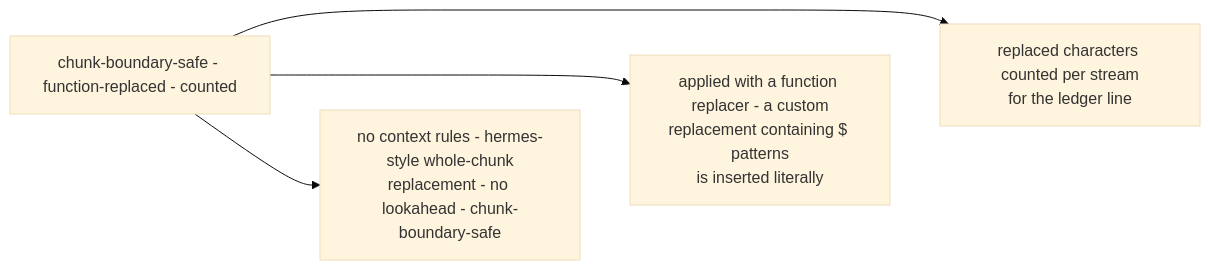
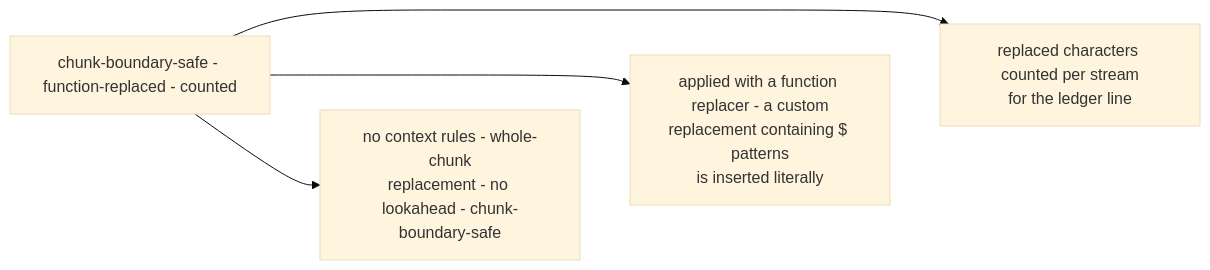
The diagram in Source/Content/Mermaid/spaces-mechanics.mmd (PlayForm/Site-DeepSeek), drawn with Mermaid (base theme) before and after one commit. The commit also changed 48 other files, not shown here.

```diff
--- a/Source/Content/Mermaid/spaces-mechanics.mmd
+++ b/Source/Content/Mermaid/spaces-mechanics.mmd
@@ -1,10 +1,10 @@
 flowchart LR
 	MECH["chunk-boundary-safe - function-replaced - counted"]
-	N1["no context rules - hermes-style whole-chunk<br/>replacement - no lookahead - chunk-boundary-safe"]
+	N1["no context rules - whole-chunk<br/>replacement - no lookahead - chunk-boundary-safe"]
 	N2["applied with a function replacer - a custom<br/>replacement containing $ patterns<br/>is inserted literally"]
 	N3["replaced characters counted per stream<br/>for the ledger line"]
 	MECH --> N1
 	MECH --> N2
 	MECH --> N3
 	N1 ~~~ N2
 	N2 ~~~ N3
```
